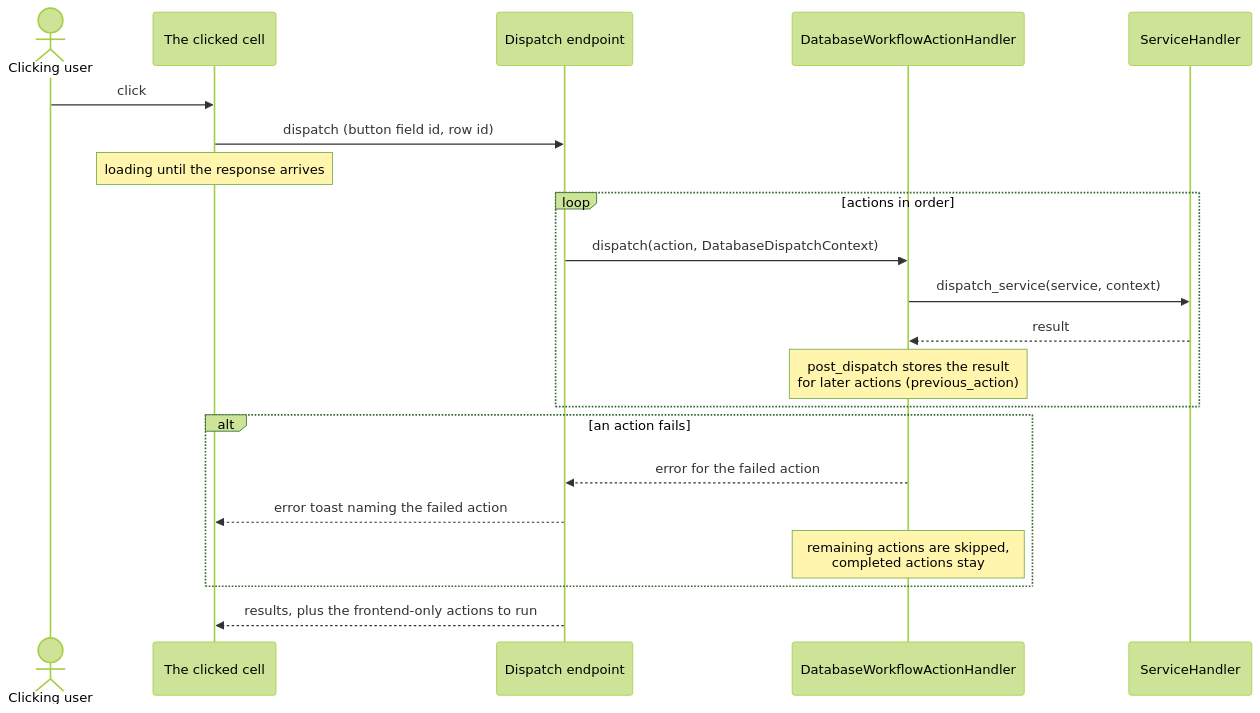
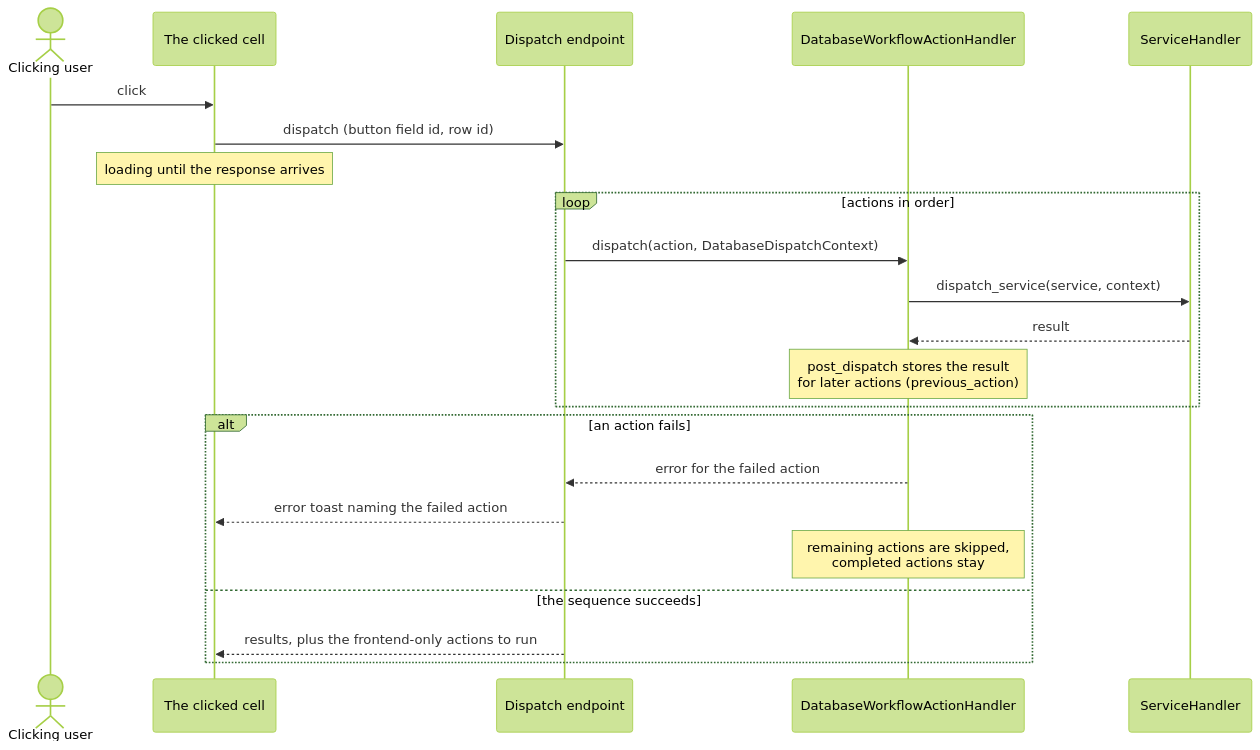
One commit to baserow/baserow changed the second of 4 diagrams in docs/decisions/006-button-field-workflow-actions.md. Above: the diagram before and after it, drawn with Mermaid (forest theme). The commit also changed 2 other files, not shown here.

Commit message:
log skipped formula remapping and correct import docs
The formula importer swallowed parse and unknown-provider errors without a
trace. The swallow stays, but a genuine failure now logs a warning, and the
comment says a partial remap is possible.

Two import/export tests claimed the formula came back untouched. It is
re-rendered from its parse tree, so casing and spacing may change; the
wording now says what actually holds.

The ADR 006 sequence diagram returned results after the failure branch with
no else, contradicting section 2. Added the success branch.

````diff
--- a/docs/decisions/006-button-field-workflow-actions.md
+++ b/docs/decisions/006-button-field-workflow-actions.md
@@ -163,24 +163,25 @@
 ```mermaid
 sequenceDiagram
     actor User as Clicking user
     participant Cell as The clicked cell
     participant API as Dispatch endpoint
     participant H as DatabaseWorkflowActionHandler
     participant SH as ServiceHandler
 
     User->>Cell: click
     Cell->>API: dispatch (button field id, row id)
     Note over Cell: loading until the response arrives
     loop actions in order
         API->>H: dispatch(action, DatabaseDispatchContext)
         H->>SH: dispatch_service(service, context)
         SH-->>H: result
         Note over H: post_dispatch stores the result<br/>for later actions (previous_action)
     end
     alt an action fails
         H-->>API: error for the failed action
         API-->>Cell: error toast naming the failed action
         Note over H: remaining actions are skipped,<br/>completed actions stay
+    else the sequence succeeds
+        API-->>Cell: results, plus the frontend-only actions to run
     end
-    API-->>Cell: results, plus the frontend-only actions to run
 ```
````
